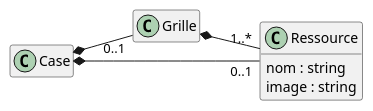
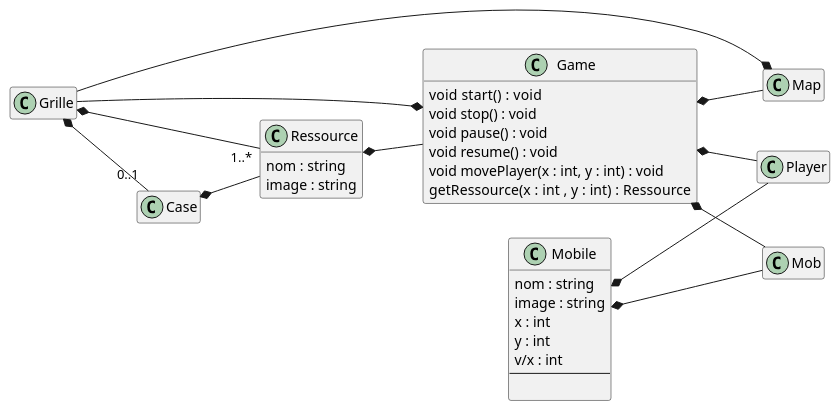
The diagram in docs/diag.classes.puml (BenjaminC62/Flatcraft), drawn with PlantUML before and after one commit.

Commit message:
UML diagram Update

```diff
--- a/docs/diag.classes.puml
+++ b/docs/diag.classes.puml
@@ -1,16 +1,54 @@
 @startuml
 'https://plantuml.com/sequence-diagram
 
 hide empty members
 left to right direction
 class Grille
 
 class Ressource{
 nom : string
 image : string
 }
+
+class Mobile{
+nom : string
+image : string
+x : int
+y : int
+v/x : int
+----
+
+}
+
+class Map{
+}
+
+class Game{
+void start() :  void
+void stop() : void
+void pause() : void
+void resume() : void
+void movePlayer(x : int, y : int) : void
+getRessource(x : int , y : int) :  Ressource
+}
+
+class Mob{
+}
+
+class Player{
+}
+
 Grille *-- "1..*" Ressource
 
-Case *-- "0..1" Grille
-Case *-- "0..1" Ressource
+Grille *-- "0..1" Case
+Game *-- Grille
+Mobile *-- Player
+Game *-- Player
+Mobile *-- Mob
+Game *-- Mob
+Ressource *-- Game
+Case *-- Ressource
+Map *-- Grille
+Game *-- Map
+
 @enduml
```
